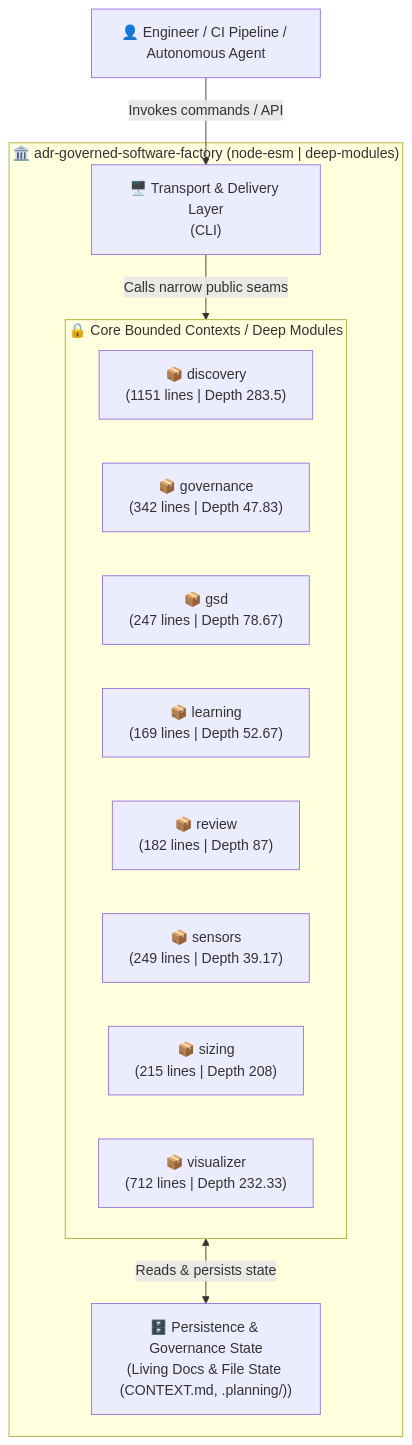
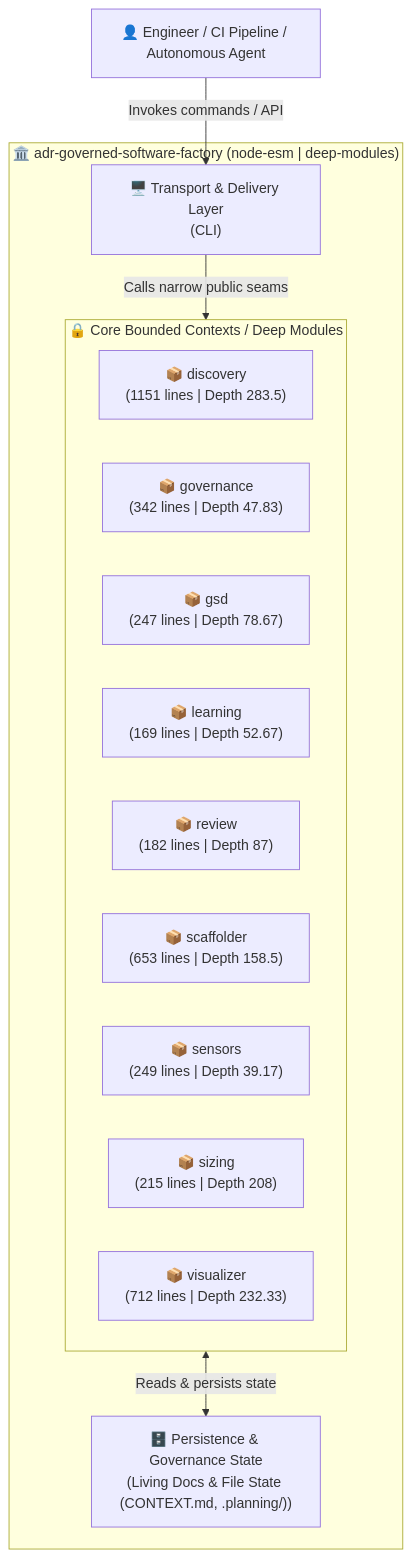
The first of 5 diagrams in docs/architecture/VISUAL_ARCHITECTURE.md (bpoti001/software-factory), drawn with Mermaid before and after one commit. The commit also changed other lines of this file and 17 other files, not shown here.

````diff
--- a/docs/architecture/VISUAL_ARCHITECTURE.md
+++ b/docs/architecture/VISUAL_ARCHITECTURE.md
@@ -12,21 +12,22 @@
 ```mermaid
 flowchart TB
     Actor["👤 Engineer / CI Pipeline / Autonomous Agent"]
     subgraph SystemBoundary["🏛️ adr-governed-software-factory (node-esm | deep-modules)"]
         Transport["🖥️ Transport & Delivery Layer<br/>(CLI)"]
         subgraph CoreModules["🔒 Core Bounded Contexts / Deep Modules"]
         MOD_discovery["📦 discovery<br/>(1151 lines | Depth 283.5)"]
         MOD_governance["📦 governance<br/>(342 lines | Depth 47.83)"]
         MOD_gsd["📦 gsd<br/>(247 lines | Depth 78.67)"]
         MOD_learning["📦 learning<br/>(169 lines | Depth 52.67)"]
         MOD_review["📦 review<br/>(182 lines | Depth 87)"]
+        MOD_scaffolder["📦 scaffolder<br/>(653 lines | Depth 158.5)"]
         MOD_sensors["📦 sensors<br/>(249 lines | Depth 39.17)"]
         MOD_sizing["📦 sizing<br/>(215 lines | Depth 208)"]
         MOD_visualizer["📦 visualizer<br/>(712 lines | Depth 232.33)"]
         end
         StateStore["🗄️ Persistence & Governance State<br/>(Living Docs & File State (CONTEXT.md, .planning/))"]
     end
     Actor -->|"Invokes commands / API"| Transport
     Transport -->|"Calls narrow public seams"| CoreModules
     CoreModules <-->|"Reads & persists state"| StateStore
 ```
````
